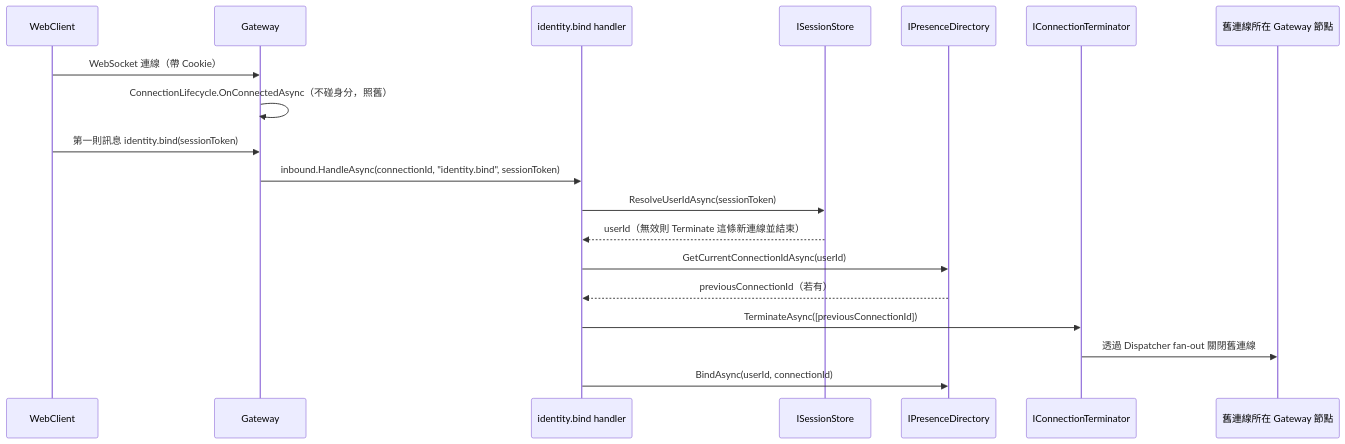
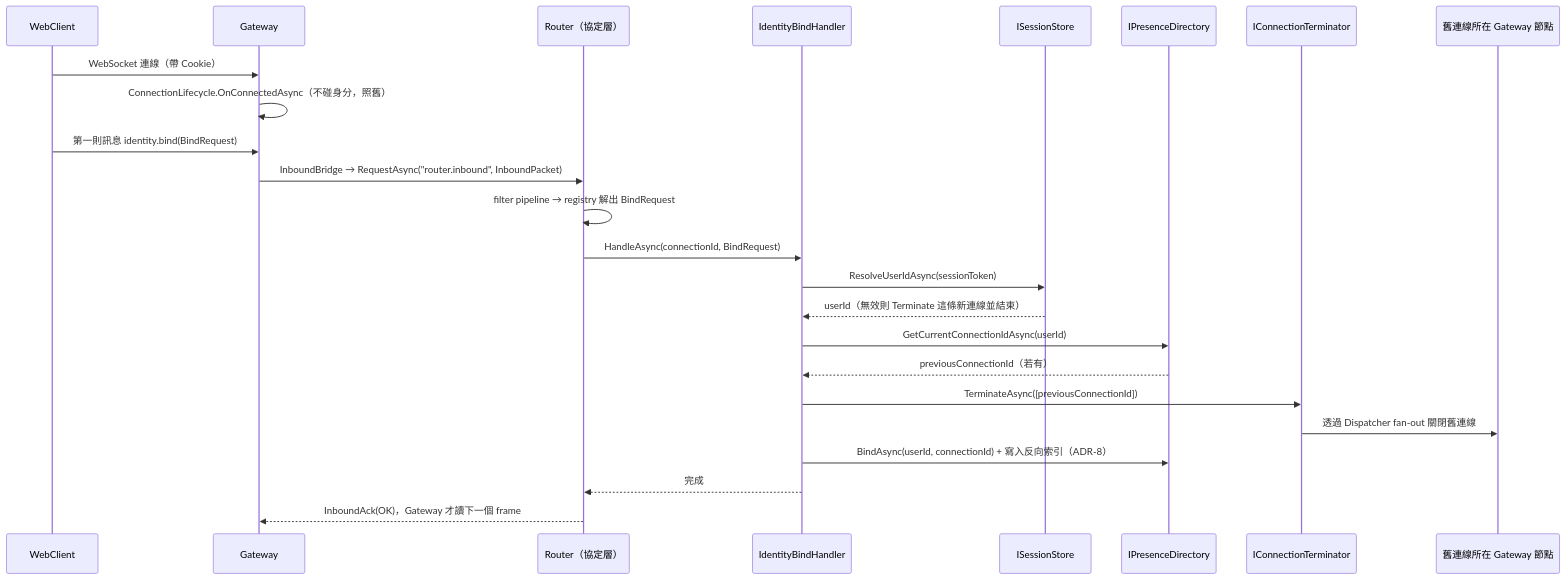
The third of 3 diagrams in docs/architecture/identity-layer.md (yggdrasill-dev/ChatSystem), drawn with Mermaid before and after one commit. The commit also changed other lines of this file and 1 other file, not shown here.

First line of the commit message:
docs: 新增協定層設計文件，身分層改為在協定層註冊 handler/filter

````diff
--- a/docs/architecture/identity-layer.md
+++ b/docs/architecture/identity-layer.md
@@ -101,22 +112,27 @@
 ```mermaid
 sequenceDiagram
     participant WC as WebClient
     participant GW as Gateway
-    participant IB as identity.bind handler
+    participant RT as Router（協定層）
+    participant IB as IdentityBindHandler
     participant SS as ISessionStore
     participant PD as IPresenceDirectory
     participant CT as IConnectionTerminator
     participant OldGW as 舊連線所在 Gateway 節點
 
     WC->>GW: WebSocket 連線（帶 Cookie）
     GW->>GW: ConnectionLifecycle.OnConnectedAsync（不碰身分，照舊）
-    WC->>GW: 第一則訊息 identity.bind(sessionToken)
-    GW->>IB: inbound.HandleAsync(connectionId, "identity.bind", sessionToken)
+    WC->>GW: 第一則訊息 identity.bind(BindRequest)
+    GW->>RT: InboundBridge → RequestAsync("router.inbound", InboundPacket)
+    RT->>RT: filter pipeline → registry 解出 BindRequest
+    RT->>IB: HandleAsync(connectionId, BindRequest)
     IB->>SS: ResolveUserIdAsync(sessionToken)
     SS-->>IB: userId（無效則 Terminate 這條新連線並結束）
     IB->>PD: GetCurrentConnectionIdAsync(userId)
     PD-->>IB: previousConnectionId（若有）
     IB->>CT: TerminateAsync([previousConnectionId])
     CT->>OldGW: 透過 Dispatcher fan-out 關閉舊連線
-    IB->>PD: BindAsync(userId, connectionId)
+    IB->>PD: BindAsync(userId, connectionId) + 寫入反向索引（ADR-8）
+    IB-->>RT: 完成
+    RT-->>GW: InboundAck(OK)，Gateway 才讀下一個 frame
 ```
````
